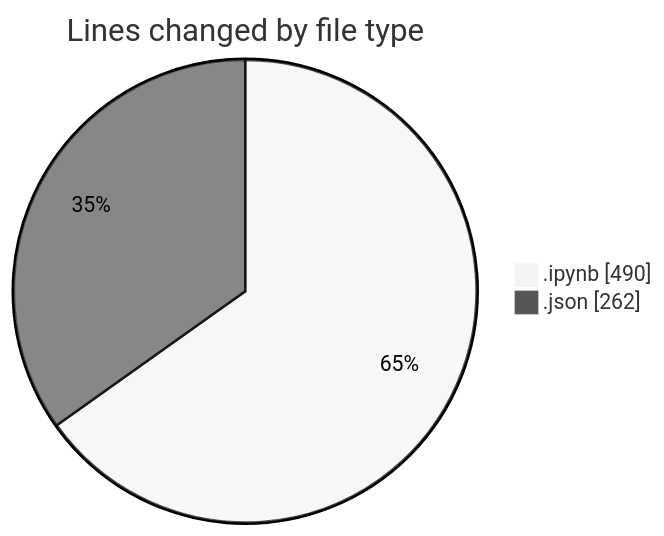
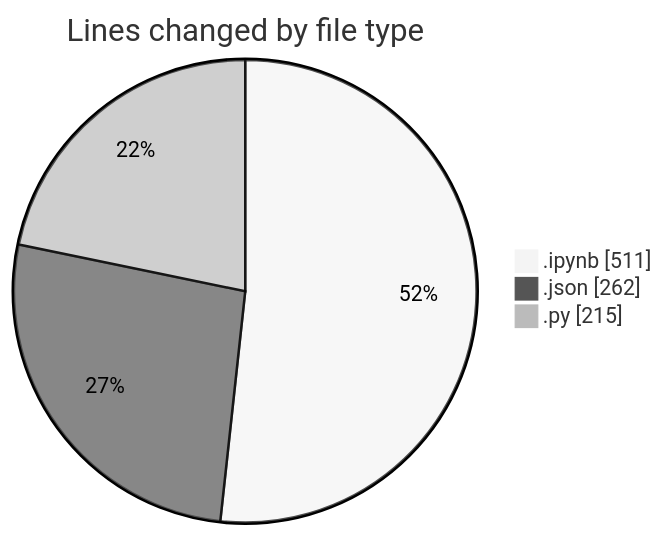
Before and after one commit to idhammustaqopulfikri/code-tracking: the first of 2 diagrams in 2025-10-13/mencoba/README.md, drawn with Mermaid (neutral theme). The commit also changed other lines of this file and 1 other file, not shown here.

````diff
--- a/2025-10-13/mencoba/README.md
+++ b/2025-10-13/mencoba/README.md
@@ -21,6 +23,7 @@
 ```mermaid
 pie showData
 title Lines changed by file type
-".ipynb" : 490
+".ipynb" : 511
 ".json" : 262
+".py" : 215
 ```
````
